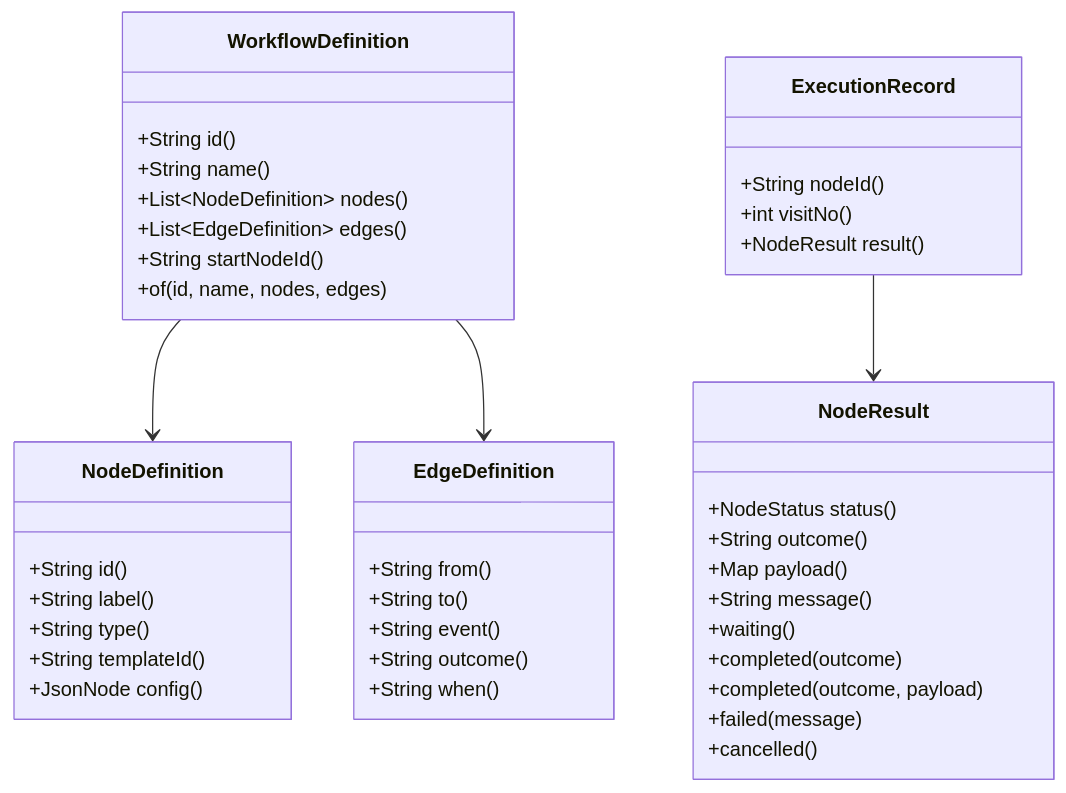
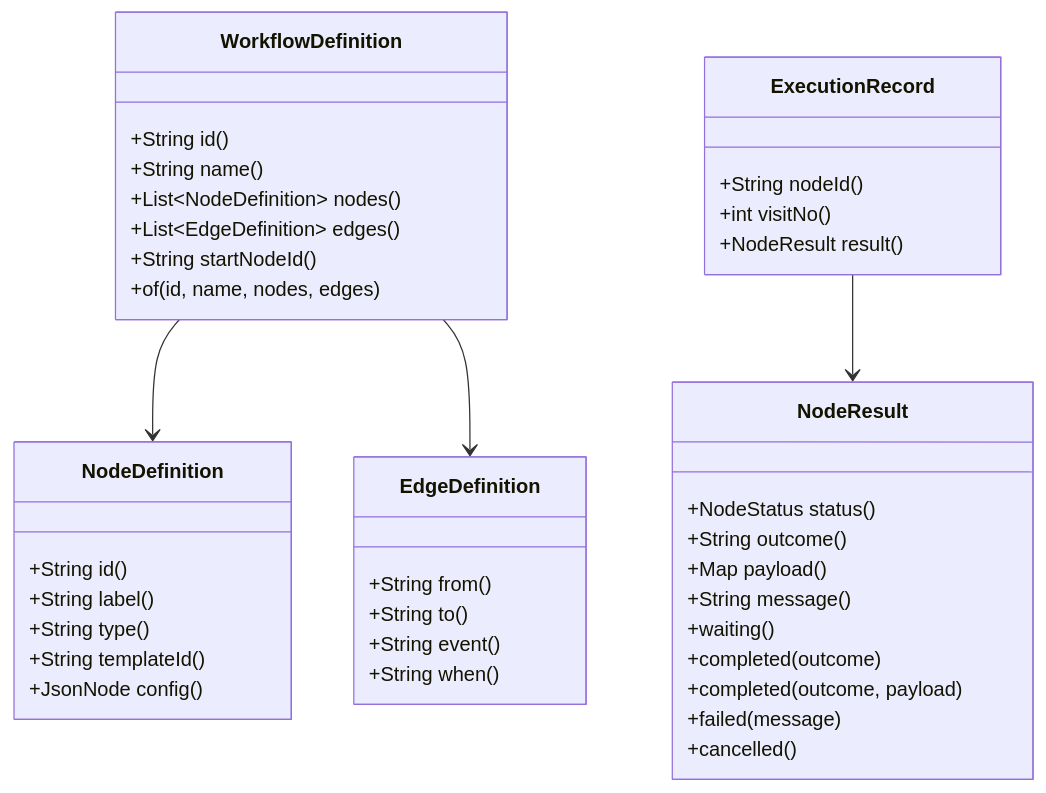
Before and after one commit to michelleclar/Infrastructure: the third of 22 diagrams in infrastructure-component-workflow-core/docs/CALL_GRAPH.md, drawn with Mermaid. The commit also changed other lines of this file and 20 other files, not shown here.

````diff
--- a/infrastructure-component-workflow-core/docs/CALL_GRAPH.md
+++ b/infrastructure-component-workflow-core/docs/CALL_GRAPH.md
@@ -108,44 +110,43 @@
 ```mermaid
 classDiagram
     class WorkflowDefinition {
         +String id()
         +String name()
         +List~NodeDefinition~ nodes()
         +List~EdgeDefinition~ edges()
         +String startNodeId()
         +of(id, name, nodes, edges)
     }
     class NodeDefinition {
         +String id()
         +String label()
         +String type()
         +String templateId()
         +JsonNode config()
     }
     class EdgeDefinition {
         +String from()
         +String to()
         +String event()
-        +String outcome()
         +String when()
     }
     class NodeResult {
         +NodeStatus status()
         +String outcome()
         +Map payload()
         +String message()
         +waiting()
         +completed(outcome)
         +completed(outcome, payload)
         +failed(message)
         +cancelled()
     }
     class ExecutionRecord {
         +String nodeId()
         +int visitNo()
         +NodeResult result()
     }
     WorkflowDefinition --> NodeDefinition
     WorkflowDefinition --> EdgeDefinition
     ExecutionRecord --> NodeResult
 ```
````
